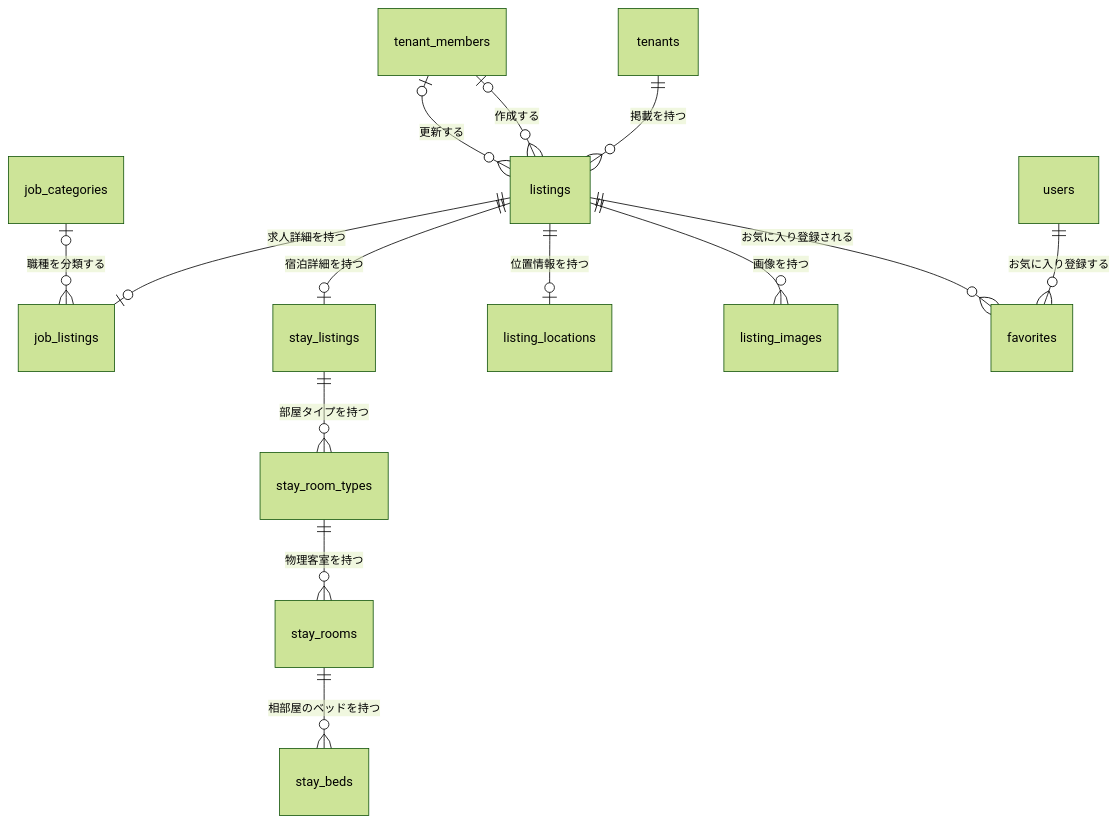
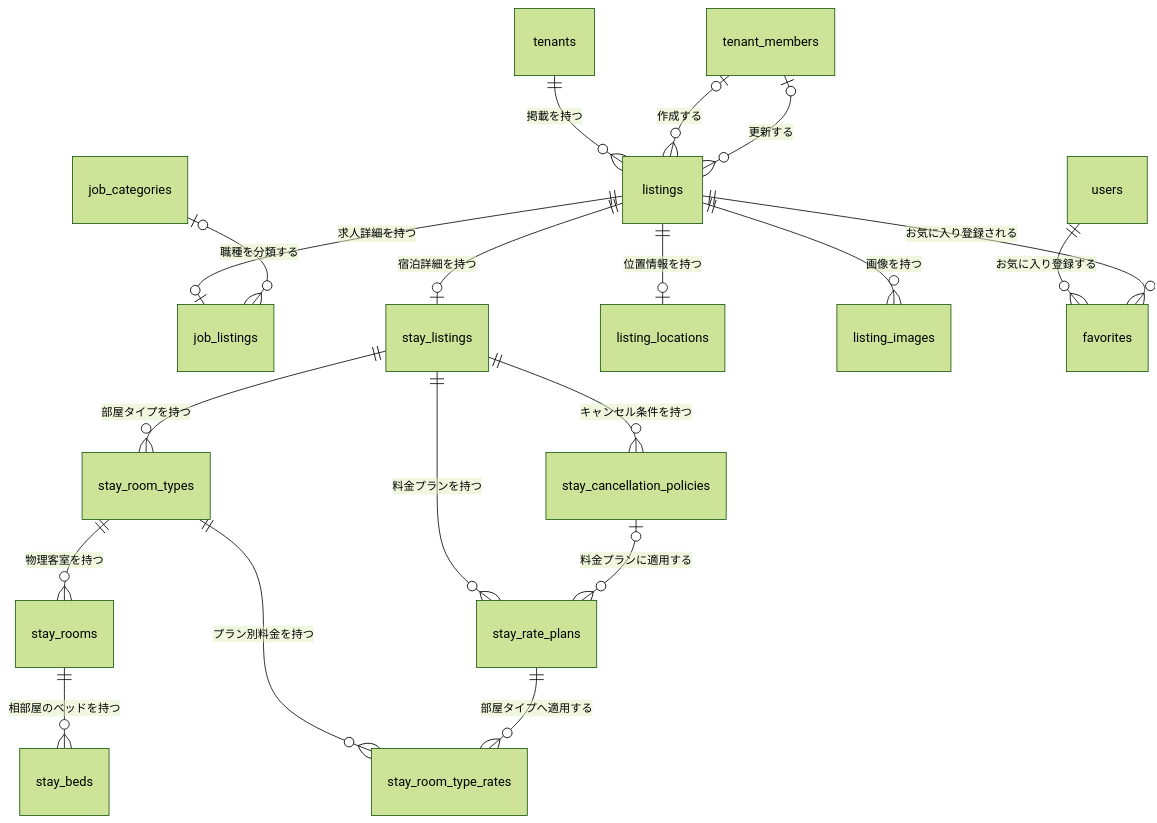
The first of 5 diagrams in docs/er/01-listing.md (t0kio2/community-hub), drawn with Mermaid (forest theme) before and after one commit. The commit also changed other lines of this file and 8 other files, not shown here.

````diff
--- a/docs/er/01-listing.md
+++ b/docs/er/01-listing.md
@@ -9,16 +13,21 @@
 ```mermaid
 erDiagram
     tenants ||--o{ listings : "掲載を持つ"
     tenant_members o|--o{ listings : "作成する"
     tenant_members o|--o{ listings : "更新する"
     listings ||--o| job_listings : "求人詳細を持つ"
+    job_categories o|--o{ job_listings : "職種を分類する"
     listings ||--o| stay_listings : "宿泊詳細を持つ"
     stay_listings ||--o{ stay_room_types : "部屋タイプを持つ"
     stay_room_types ||--o{ stay_rooms : "物理客室を持つ"
     stay_rooms ||--o{ stay_beds : "相部屋のベッドを持つ"
-    job_categories o|--o{ job_listings : "職種を分類する"
+    stay_listings ||--o{ stay_rate_plans : "料金プランを持つ"
+    stay_listings ||--o{ stay_cancellation_policies : "キャンセル条件を持つ"
+    stay_cancellation_policies o|--o{ stay_rate_plans : "料金プランに適用する"
+    stay_room_types ||--o{ stay_room_type_rates : "プラン別料金を持つ"
+    stay_rate_plans ||--o{ stay_room_type_rates : "部屋タイプへ適用する"
     listings ||--o| listing_locations : "位置情報を持つ"
     listings ||--o{ listing_images : "画像を持つ"
     users ||--o{ favorites : "お気に入り登録する"
     listings ||--o{ favorites : "お気に入り登録される"
 ```
````
